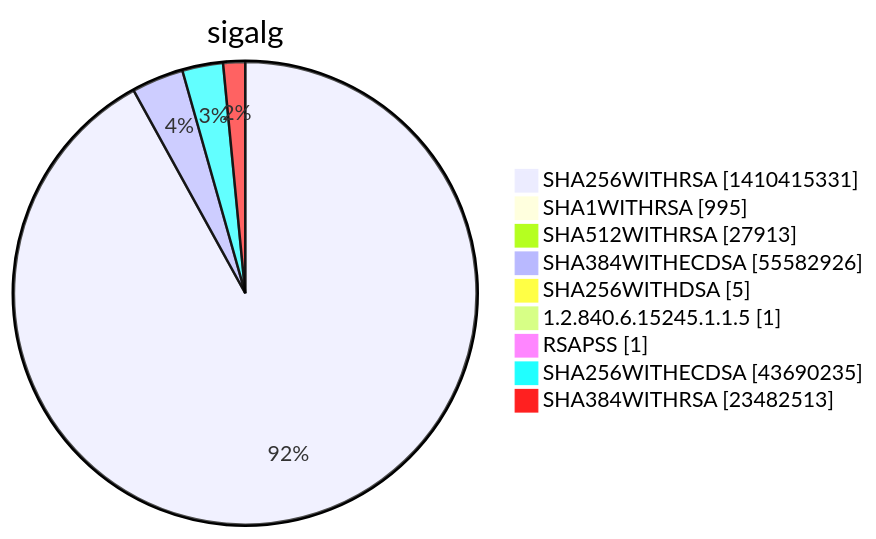
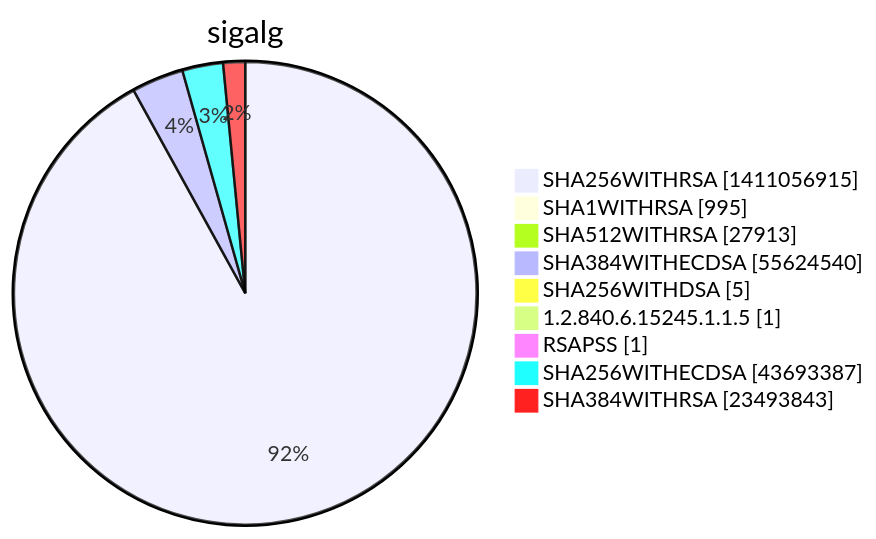
Before and after one commit to christiankrug/ctmonitor_visualization: diagram 15 of 15 in xenon2022/README.md, drawn with Mermaid. The commit also changed other lines of this file, not shown here.

````diff
--- a/xenon2022/README.md
+++ b/xenon2022/README.md
@@ -5858,13 +5858,13 @@
 ```mermaid
 pie showData
 title sigalg
-"SHA256WITHRSA" :1410415331
+"SHA256WITHRSA" :1411056915
 "SHA1WITHRSA" :995
 "SHA512WITHRSA" :27913
-"SHA384WITHECDSA" :55582926
+"SHA384WITHECDSA" :55624540
 "SHA256WITHDSA" :5
 "1.2.840.6.15245.1.1.5" :1
 "RSAPSS" :1
-"SHA256WITHECDSA" :43690235
-"SHA384WITHRSA" :23482513
+"SHA256WITHECDSA" :43693387
+"SHA384WITHRSA" :23493843
 ```
````
